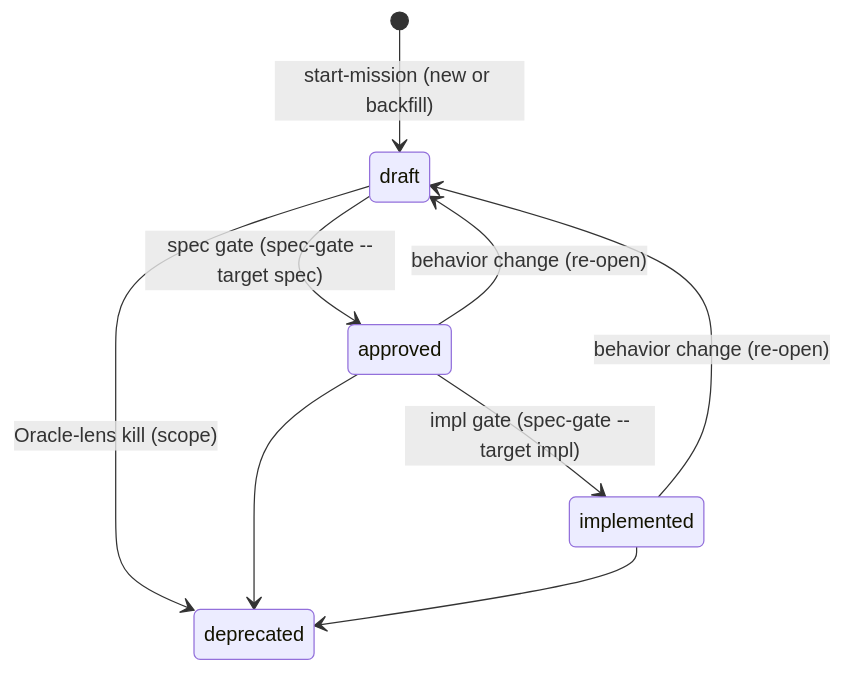
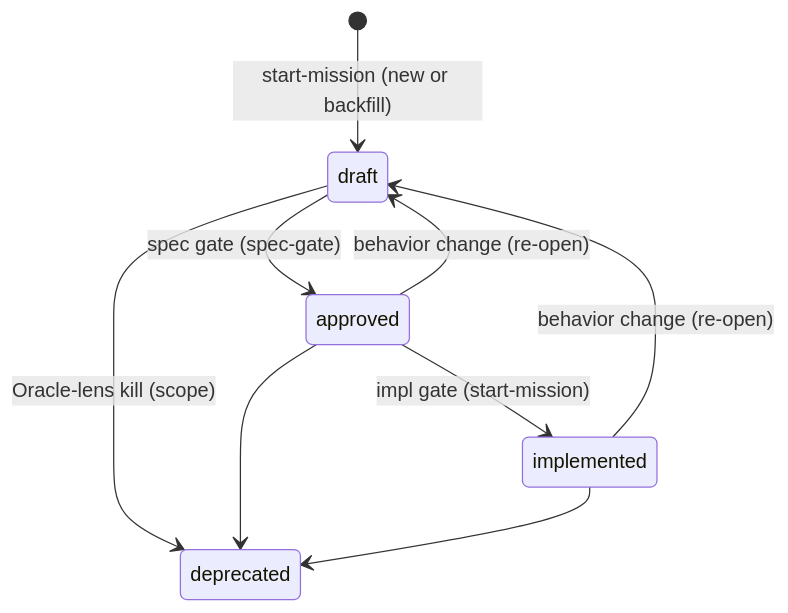
Before and after one commit to cyberuni/cyber-sdd: the diagram in plugins/sdd/skills/lifecycle-governance/SKILL.md, drawn with Mermaid. The commit also changed 23 other files, not shown here.

````diff
--- a/plugins/sdd/skills/lifecycle-governance/SKILL.md
+++ b/plugins/sdd/skills/lifecycle-governance/SKILL.md
@@ -108,11 +108,11 @@
 ```mermaid
 stateDiagram-v2
     [*] --> draft: start-mission (new or backfill)
-    draft --> approved: spec gate (spec-gate --target spec)
-    approved --> implemented: impl gate (spec-gate --target impl)
+    draft --> approved: spec gate (spec-gate)
+    approved --> implemented: impl gate (start-mission)
     approved --> draft: behavior change (re-open)
     implemented --> draft: behavior change (re-open)
     draft --> deprecated: Oracle-lens kill (scope)
     approved --> deprecated
     implemented --> deprecated
 ```
````
